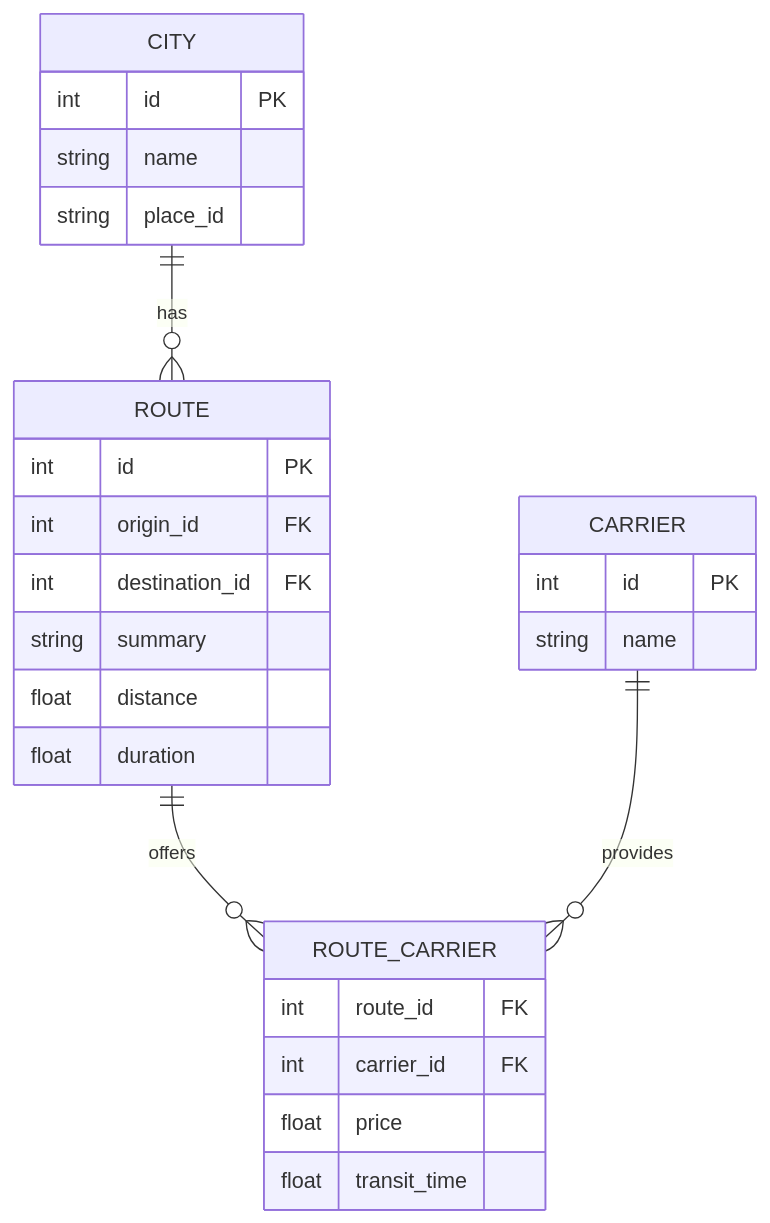
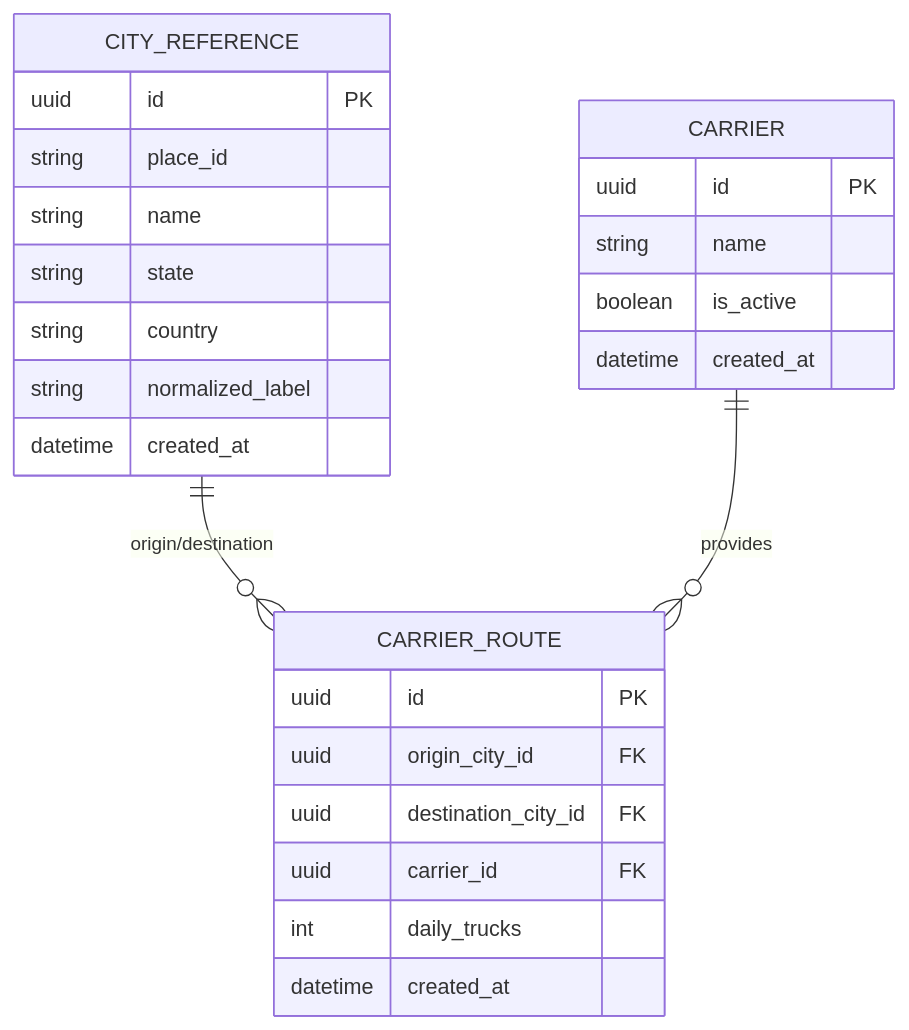
Before and after one commit to wparrado/genlogs-platform: the second of 2 diagrams in README.md, drawn with Mermaid. The commit also changed other lines of this file, not shown here.

Commit message:
docs: align README data model and ER diagram with backend SQLModel definitions\n\nReflect CityReference, Carrier and CarrierRoute schemas and constraints from app/providers/db/models

````diff
--- a/README.md
+++ b/README.md
@@ -41,30 +62,29 @@
 ```mermaid
 erDiagram
-  CITY {
-    int id PK
+  CITY_REFERENCE {
+    uuid id PK
+    string place_id
     string name
-    string place_id
-  }
-  ROUTE {
-    int id PK
-    int origin_id FK
-    int destination_id FK
-    string summary
-    float distance
-    float duration
+    string state
+    string country
+    string normalized_label
+    datetime created_at
   }
   CARRIER {
-    int id PK
+    uuid id PK
     string name
+    boolean is_active
+    datetime created_at
   }
-  ROUTE_CARRIER {
-    int route_id FK
-    int carrier_id FK
-    float price
-    float transit_time
+  CARRIER_ROUTE {
+    uuid id PK
+    uuid origin_city_id FK
+    uuid destination_city_id FK
+    uuid carrier_id FK
+    int daily_trucks
+    datetime created_at
   }
 
-  CITY ||--o{ ROUTE : has
-  ROUTE ||--o{ ROUTE_CARRIER : offers
-  CARRIER ||--o{ ROUTE_CARRIER : provides
+  CITY_REFERENCE ||--o{ CARRIER_ROUTE : "origin/destination"
+  CARRIER ||--o{ CARRIER_ROUTE : provides
 ```
````
